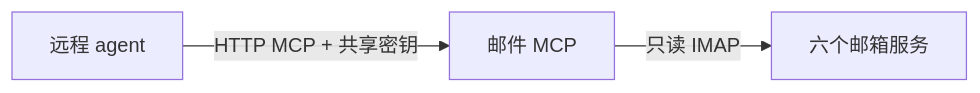
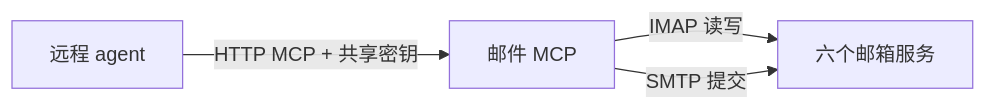
Before and after one commit to Kaliscuit/personal-mail-mcp: the diagram in architecture.md, drawn with Mermaid. The commit also changed other lines of this file and 6 other files, not shown here.

````diff
--- a/architecture.md
+++ b/architecture.md
@@ -17,5 +17,6 @@
 ```mermaid
 flowchart LR
   Agent[远程 agent] -->|HTTP MCP + 共享密钥| Server[邮件 MCP]
-  Server -->|只读 IMAP| Providers[六个邮箱服务]
+  Server -->|IMAP 读写| Providers[六个邮箱服务]
+  Server -->|SMTP 提交| Providers
 ```
````
